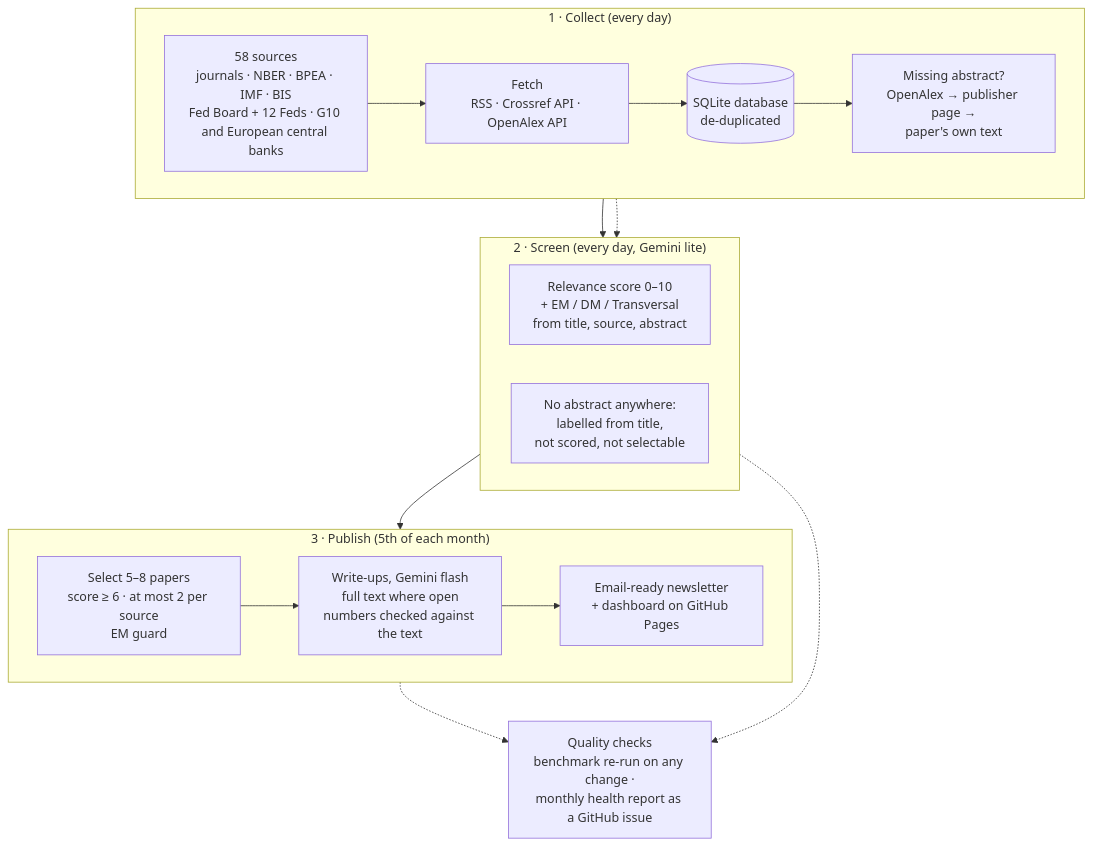
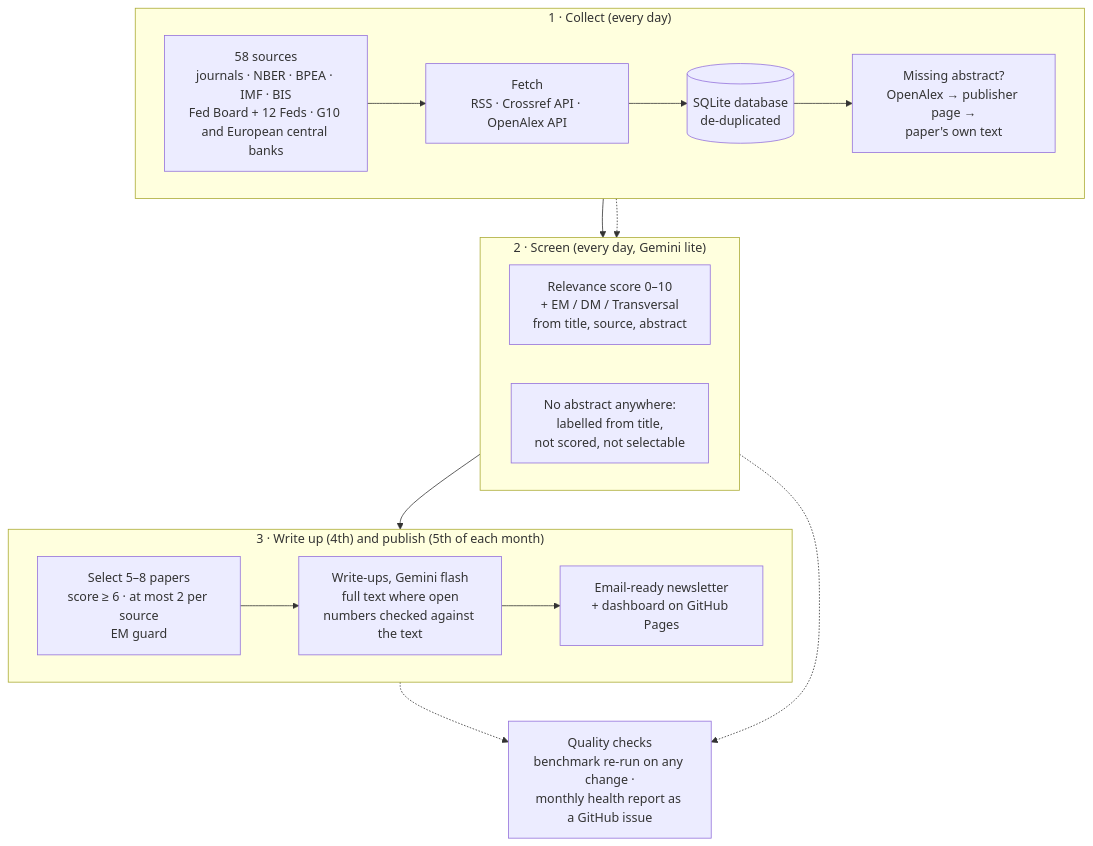
One commit to tsaichingjou/research-roundup changed the diagram in README.md. Above: the diagram before and after it, drawn with Mermaid. The commit also changed other lines of this file and 7 other files, not shown here.

First line of the commit message:
Draft the write-ups on the 4th and publish on the morning of the 5th (monthly run at 00:17 UTC to absorb GitHub's delay)

````diff
--- a/README.md
+++ b/README.md
@@ -20,29 +20,29 @@
 ```mermaid
 flowchart TB
     subgraph S["1 · Collect (every day)"]
         direction LR
         A["58 sources<br/>journals · NBER · BPEA · IMF · BIS<br/>Fed Board + 12 Feds · G10 and European central banks"]
         B["Fetch<br/>RSS · Crossref API · OpenAlex API"]
         C[("SQLite database<br/>de-duplicated")]
         D["Missing abstract?<br/>OpenAlex → publisher page →<br/>paper's own text"]
         A --> B --> C --> D
     end
     subgraph T["2 · Screen (every day, Gemini lite)"]
         direction LR
         E["Relevance score 0–10<br/>+ EM / DM / Transversal<br/>from title, source, abstract"]
         F["No abstract anywhere:<br/>labelled from title,<br/>not scored, not selectable"]
     end
-    subgraph U["3 · Publish (5th of each month)"]
+    subgraph U["3 · Write up (4th) and publish (5th of each month)"]
         direction LR
         G["Select 5–8 papers<br/>score ≥ 6 · at most 2 per source<br/>EM guard"]
         H["Write-ups, Gemini flash<br/>full text where open<br/>numbers checked against the text"]
         I["Email-ready newsletter<br/>+ dashboard on GitHub Pages"]
         G --> H --> I
     end
     D --> E
     D -.-> F
     E --> G
     Q["Quality checks<br/>benchmark re-run on any change ·<br/>monthly health report as a GitHub issue"]
     E -.-> Q
     H -.-> Q
 ```
````
